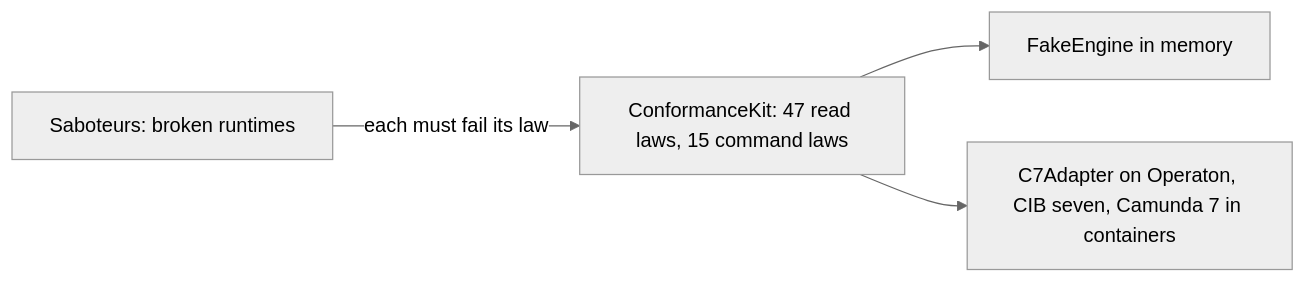
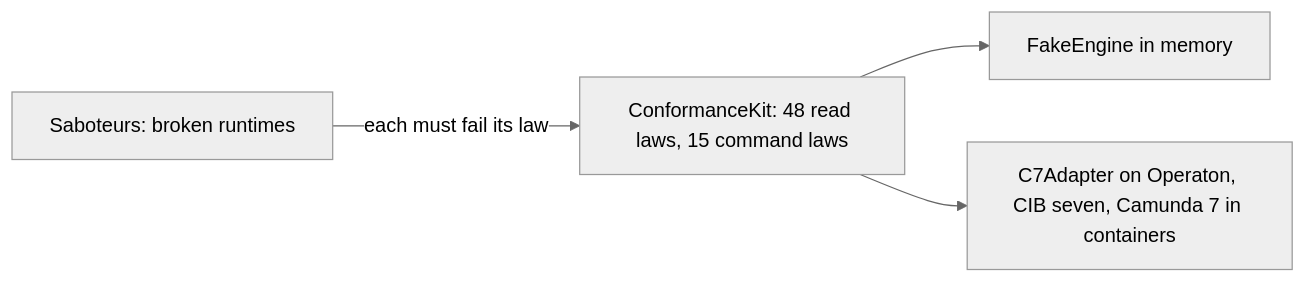
One commit to Miragon/pulse changed the diagram in apps/vscode/docs/adr/runtime-contract.md. Above: the diagram before and after it, drawn with Mermaid (neutral theme). The commit also changed other lines of this file and 83 other files, not shown here.

````diff
--- a/apps/vscode/docs/adr/runtime-contract.md
+++ b/apps/vscode/docs/adr/runtime-contract.md
@@ -175,7 +183,7 @@
 ```mermaid
 flowchart LR
-  kit[ConformanceKit: 47 read laws, 15 command laws]
+  kit[ConformanceKit: 48 read laws, 15 command laws]
   kit --> fake[FakeEngine in memory]
   kit --> c7[C7Adapter on Operaton, CIB seven, Camunda 7 in containers]
   saboteurs[Saboteurs: broken runtimes] -- each must fail its law --> kit
 ```
````
